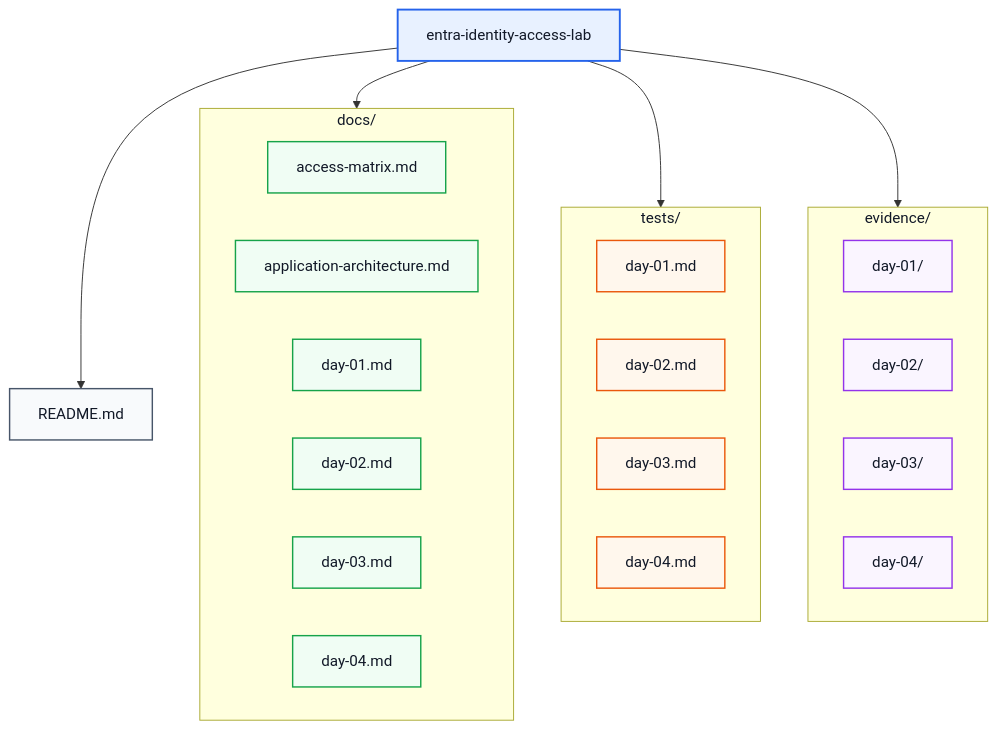
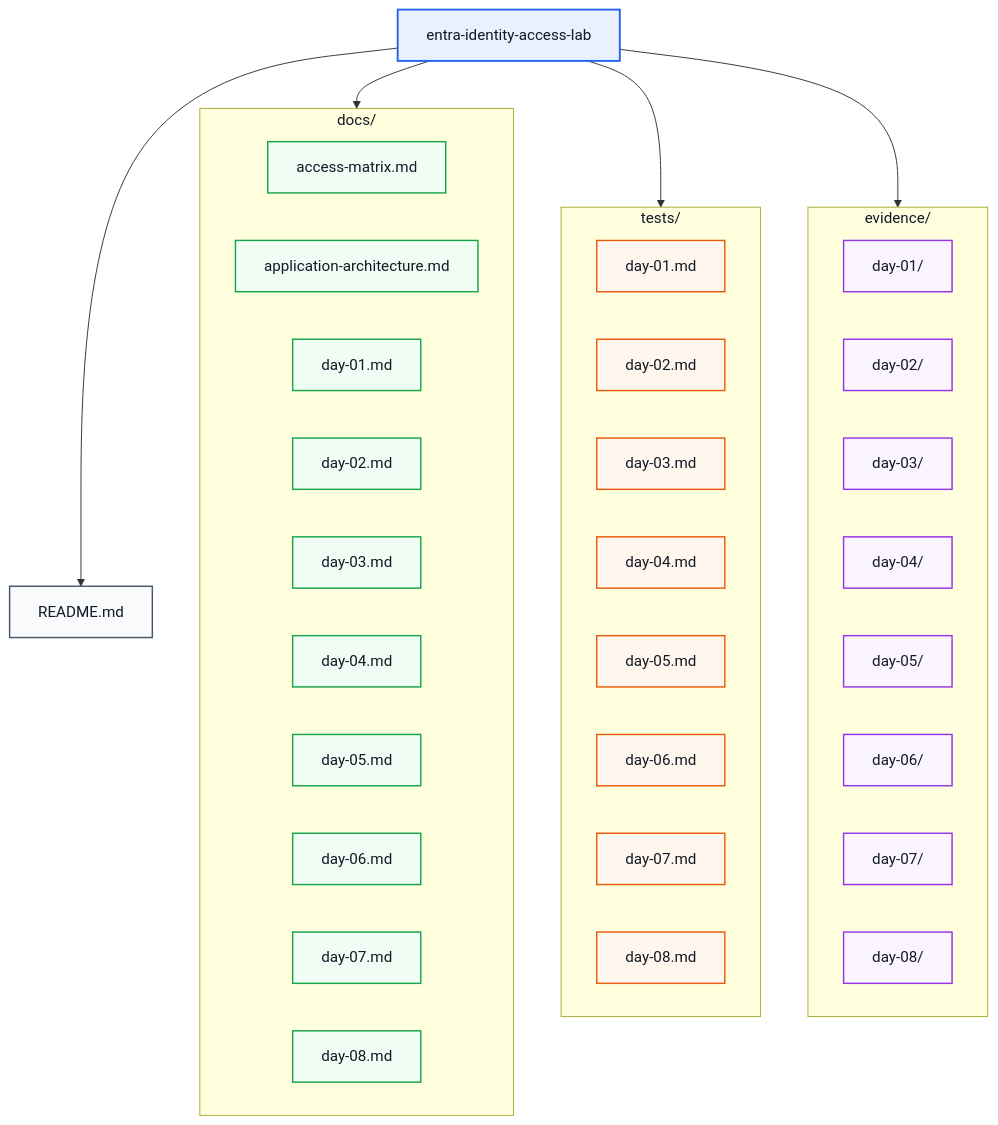
Before and after one commit to krzysztof-szot/entra-identity-access-lab: the second of 2 diagrams in README.md, drawn with Mermaid. The commit also changed other lines of this file, not shown here.

Commit message:
Update main README through Day 08

````diff
--- a/README.md
+++ b/README.md
@@ -383,47 +517,59 @@
 ```mermaid
 flowchart TB
 
     ROOT["entra-identity-access-lab"]
 
     README["README.md"]
 
     subgraph DOCS["docs/"]
         ACCESS["access-matrix.md"]
         ARCH["application-architecture.md"]
         D1["day-01.md"]
         D2["day-02.md"]
         D3["day-03.md"]
         D4["day-04.md"]
+        D5["day-05.md"]
+        D6["day-06.md"]
+        D7["day-07.md"]
+        D8["day-08.md"]
     end
 
     subgraph TESTS["tests/"]
         T1["day-01.md"]
         T2["day-02.md"]
         T3["day-03.md"]
         T4["day-04.md"]
+        T5["day-05.md"]
+        T6["day-06.md"]
+        T7["day-07.md"]
+        T8["day-08.md"]
     end
 
     subgraph EVIDENCE["evidence/"]
         E1["day-01/"]
         E2["day-02/"]
         E3["day-03/"]
         E4["day-04/"]
+        E5["day-05/"]
+        E6["day-06/"]
+        E7["day-07/"]
+        E8["day-08/"]
     end
 
     ROOT --> README
     ROOT --> DOCS
     ROOT --> TESTS
     ROOT --> EVIDENCE
 
     classDef root fill:#e8f1ff,stroke:#2563eb,stroke-width:2px,color:#111827;
     classDef readme fill:#f8fafc,stroke:#475569,stroke-width:1.5px,color:#111827;
     classDef docs fill:#f0fdf4,stroke:#16a34a,stroke-width:1.5px,color:#111827;
     classDef tests fill:#fff7ed,stroke:#ea580c,stroke-width:1.5px,color:#111827;
     classDef evidence fill:#faf5ff,stroke:#9333ea,stroke-width:1.5px,color:#111827;
 
     class ROOT root;
     class README readme;
-    class ACCESS,ARCH,D1,D2,D3,D4 docs;
-    class T1,T2,T3,T4 tests;
-    class E1,E2,E3,E4 evidence;
+    class ACCESS,ARCH,D1,D2,D3,D4,D5,D6,D7,D8 docs;
+    class T1,T2,T3,T4,T5,T6,T7,T8 tests;
+    class E1,E2,E3,E4,E5,E6,E7,E8 evidence;
 ```
````
